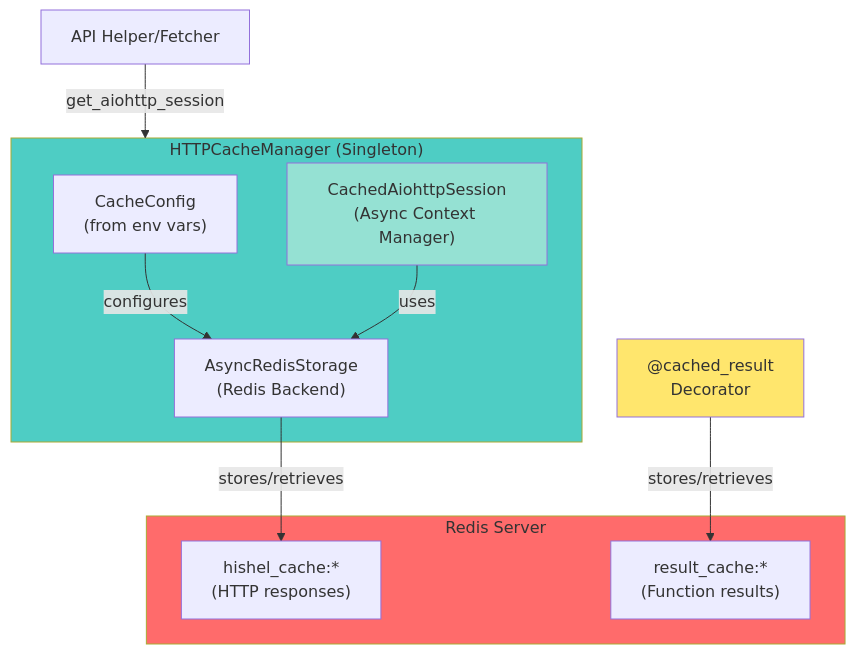
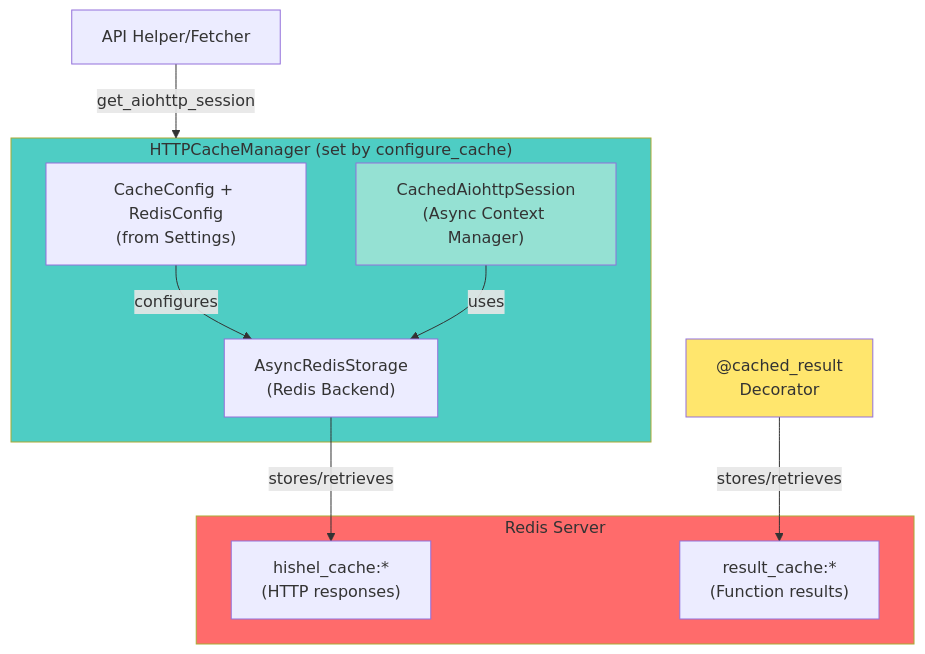
Before and after one commit to adnanaq/echora: the diagram in libs/http_cache/README.md, drawn with Mermaid. The commit also changed other lines of this file and 200 other files, not shown here.

````diff
--- a/libs/http_cache/README.md
+++ b/libs/http_cache/README.md
@@ -25,25 +25,25 @@
 ```mermaid
 flowchart TB
-    subgraph CacheManager["HTTPCacheManager (Singleton)"]
-        Config["CacheConfig<br/>(from env vars)"]
+    subgraph CacheManager["HTTPCacheManager (set by configure_cache)"]
+        Config["CacheConfig + RedisConfig<br/>(from Settings)"]
         RedisStorage["AsyncRedisStorage<br/>(Redis Backend)"]
         Session["CachedAiohttpSession<br/>(Async Context Manager)"]
     end
 
     subgraph Redis["Redis Server"]
         HTTPKeys["hishel_cache:*<br/>(HTTP responses)"]
         ResultKeys["result_cache:*<br/>(Function results)"]
     end
 
     Client["API Helper/Fetcher"] -->|get_aiohttp_session| CacheManager
     Config -->|configures| RedisStorage
     Session -->|uses| RedisStorage
     RedisStorage -->|stores/retrieves| HTTPKeys
 
     ResultDecorator["@cached_result<br/>Decorator"] -->|stores/retrieves| ResultKeys
 
     style Redis fill:#ff6b6b
     style CacheManager fill:#4ecdc4
     style Session fill:#95e1d3
     style ResultDecorator fill:#ffe66d
 ```
````
